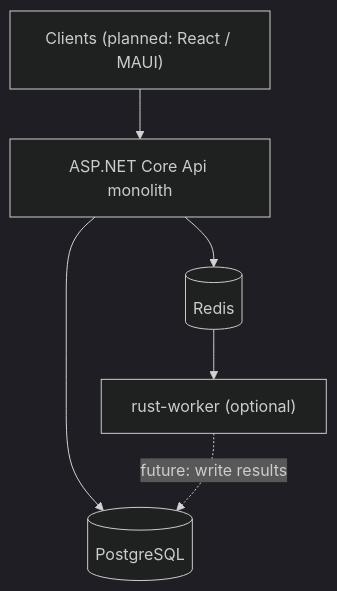
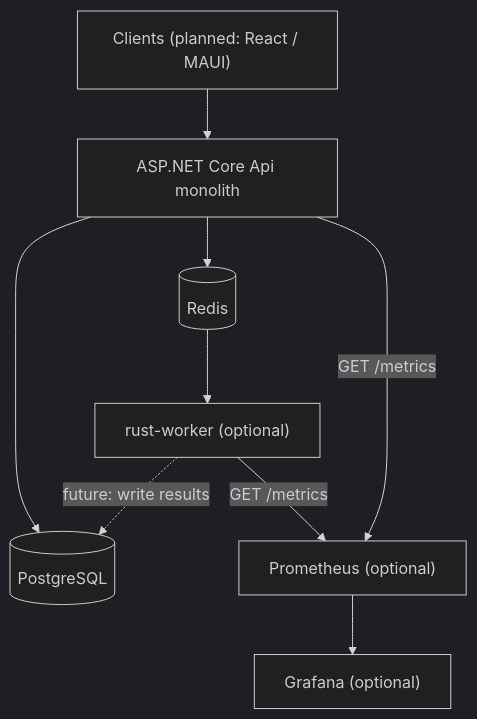
The first of 2 diagrams in docs/ARCHITECTURE.md (Atsilut/Tangle-study), drawn with Mermaid (dark theme) before and after one commit. The commit also changed other lines of this file and 6 other files, not shown here.

Commit message:
docs: update README and architecture documentation for monitoring features

````diff
--- a/docs/ARCHITECTURE.md
+++ b/docs/ARCHITECTURE.md
@@ -13,14 +13,19 @@
 ```mermaid
 flowchart TB
   Clients["Clients (planned: React / MAUI)"]
   API["ASP.NET Core Api monolith"]
   PG[(PostgreSQL)]
   Redis[(Redis)]
   Worker["rust-worker (optional)"]
+  Prom["Prometheus (optional)"]
+  Graf["Grafana (optional)"]
 
   Clients --> API
   API --> PG
   API --> Redis
   Redis --> Worker
   Worker -.->|"future: write results"| PG
+  API -->|"GET /metrics"| Prom
+  Worker -->|"GET /metrics"| Prom
+  Prom --> Graf
 ```
````
